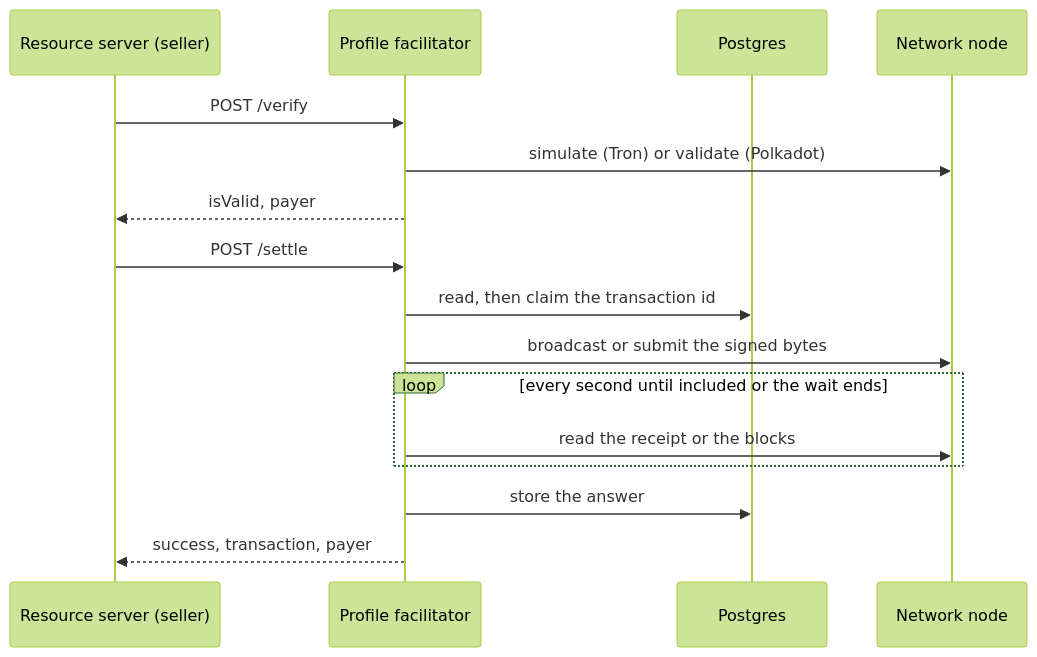
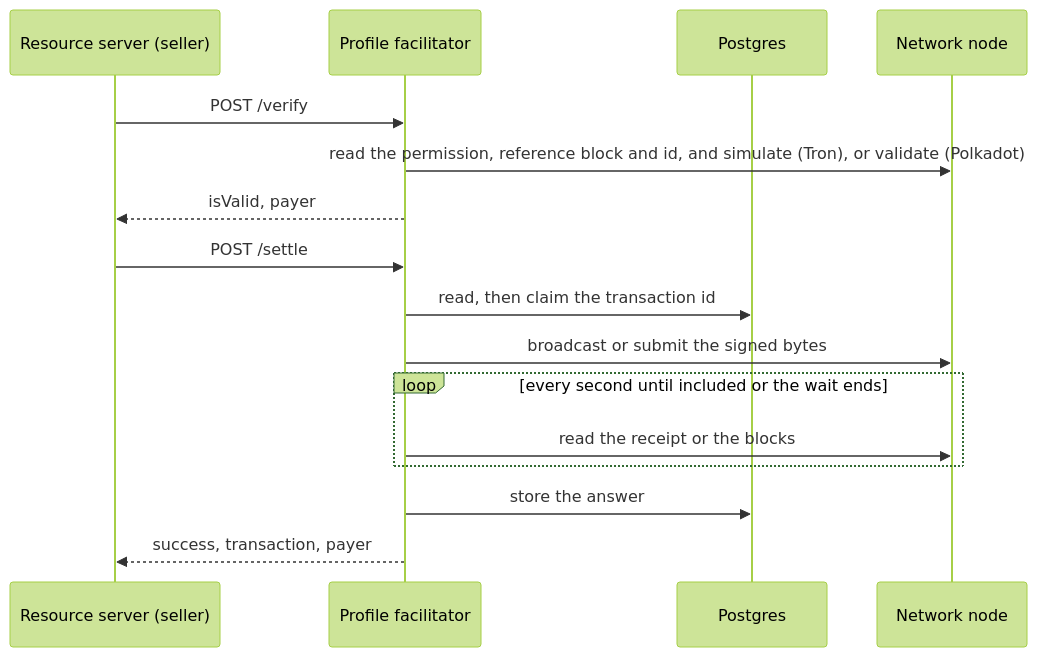
Before and after one commit to IntegraLedger/integra-agentic-connectors: the diagram in profile-facilitator/README.md, drawn with Mermaid (forest theme). The commit also changed other lines of this file and 11 other files, not shown here.

First line of the commit message:
profile-facilitator: Tron settlement needs the Transfer log; verify reads permission, TaPoS and held ids; a consumed payment answers once

````diff
--- a/profile-facilitator/README.md
+++ b/profile-facilitator/README.md
@@ -41,18 +41,18 @@
 ```mermaid
 sequenceDiagram
     participant R as Resource server (seller)
     participant F as Profile facilitator
     participant P as Postgres
     participant N as Network node
     R->>F: POST /verify
-    F->>N: simulate (Tron) or validate (Polkadot)
+    F->>N: read the permission, reference block and id, and simulate (Tron), or validate (Polkadot)
     F-->>R: isValid, payer
     R->>F: POST /settle
     F->>P: read, then claim the transaction id
     F->>N: broadcast or submit the signed bytes
     loop every second until included or the wait ends
         F->>N: read the receipt or the blocks
     end
     F->>P: store the answer
     F-->>R: success, transaction, payer
 ```
````
